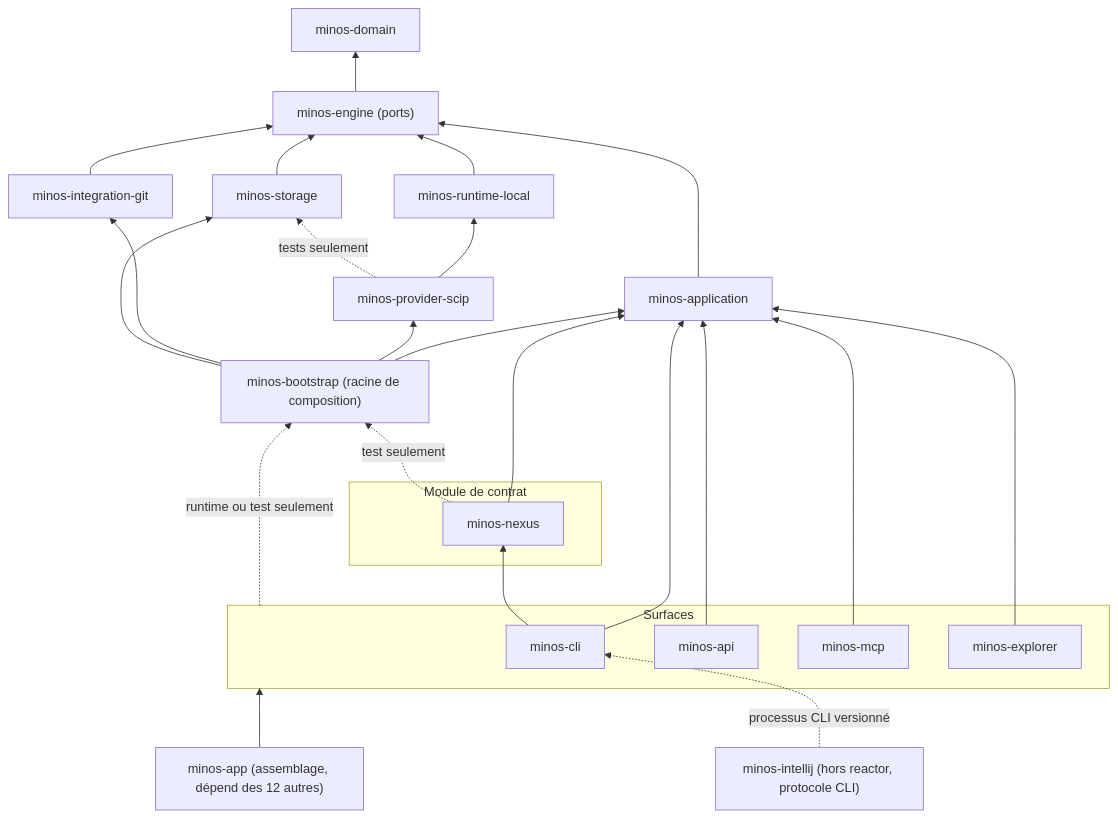
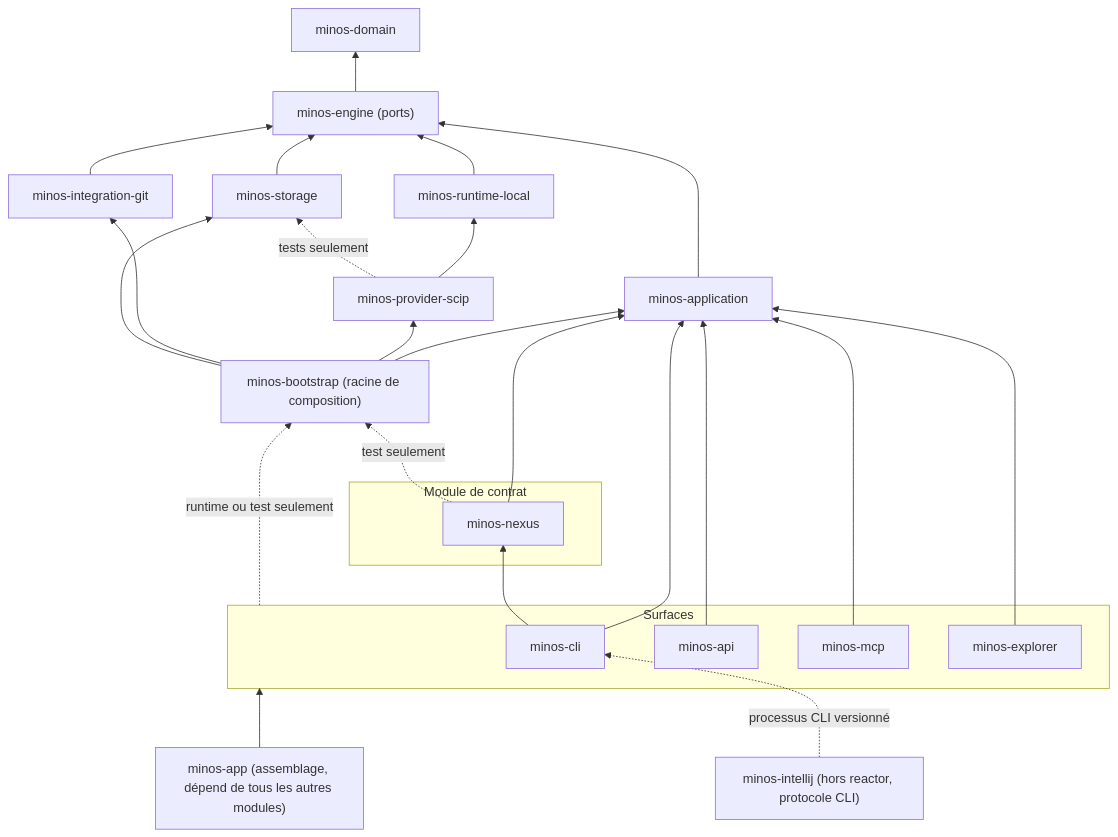
The first of 2 diagrams in docs/architecture/diagrams/capacites/frontieres-de-modules.md (FTurleque/minos-code-intelligence), drawn with Mermaid before and after one commit. The commit also changed other lines of this file and 6 other files, not shown here.

First line of the commit message:
docs(architecture): actualiser le dossier des frontières de modules

````diff
--- a/docs/architecture/diagrams/capacites/frontieres-de-modules.md
+++ b/docs/architecture/diagrams/capacites/frontieres-de-modules.md
@@ -28,43 +28,43 @@
 ```mermaid
 flowchart BT
   dom["minos-domain"]
   eng["minos-engine (ports)"]
   rt["minos-runtime-local"]
   sto["minos-storage"]
   git["minos-integration-git"]
   app["minos-application"]
   scip["minos-provider-scip"]
   boot["minos-bootstrap (racine de composition)"]
   subgraph surf["Surfaces"]
     cli["minos-cli"]
     api["minos-api"]
     mcp["minos-mcp"]
     exp["minos-explorer"]
   end
   subgraph contrat["Module de contrat"]
     nex["minos-nexus"]
   end
-  asm["minos-app (assemblage, dépend des 12 autres)"]
+  asm["minos-app (assemblage, dépend de tous les autres modules)"]
   ij["minos-intellij (hors reactor, protocole CLI)"]
   eng --> dom
   rt --> eng
   sto --> eng
   git --> eng
   app --> eng
   scip --> rt
   scip -.->|"tests seulement"| sto
   boot --> app
   boot --> scip
   boot --> git
   boot --> sto
   cli --> app
   api --> app
   mcp --> app
   exp --> app
   cli --> nex
   nex --> app
   surf -.->|"runtime ou test seulement"| boot
   nex -.->|"test seulement"| boot
   asm --> surf
   ij -.->|"processus CLI versionné"| cli
 ```
````
